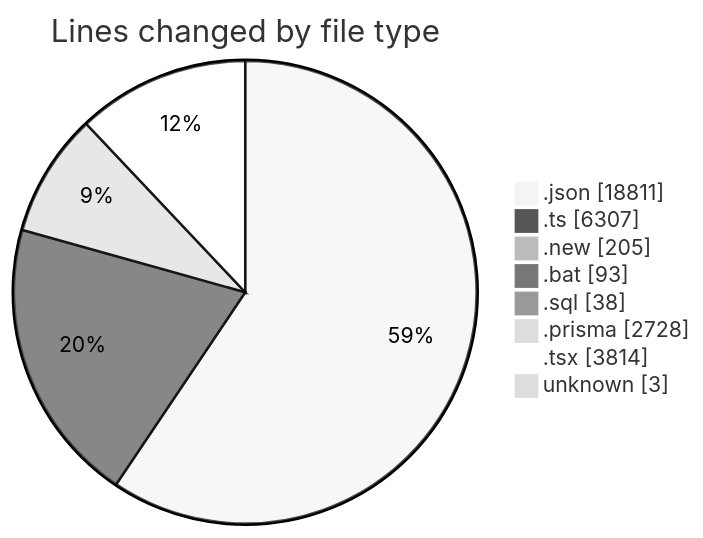
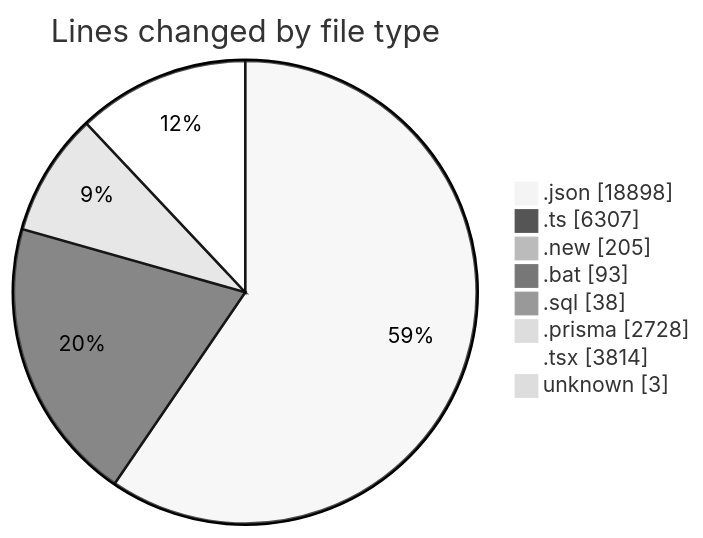
The first of 2 diagrams in 2025-05-20/ecodeli-1/README.md (CELIANVF/code-tracking), drawn with Mermaid (neutral theme) before and after one commit. The commit also changed other lines of this file and 1 other file, not shown here.

````diff
--- a/2025-05-20/ecodeli-1/README.md
+++ b/2025-05-20/ecodeli-1/README.md
@@ -72,12 +72,12 @@
 ```mermaid
 pie showData
 title Lines changed by file type
-".json" : 18811
+".json" : 18898
 ".ts" : 6307
 ".new" : 205
 ".bat" : 93
 ".sql" : 38
 ".prisma" : 2728
 ".tsx" : 3814
 "unknown" : 3
 ```
````
